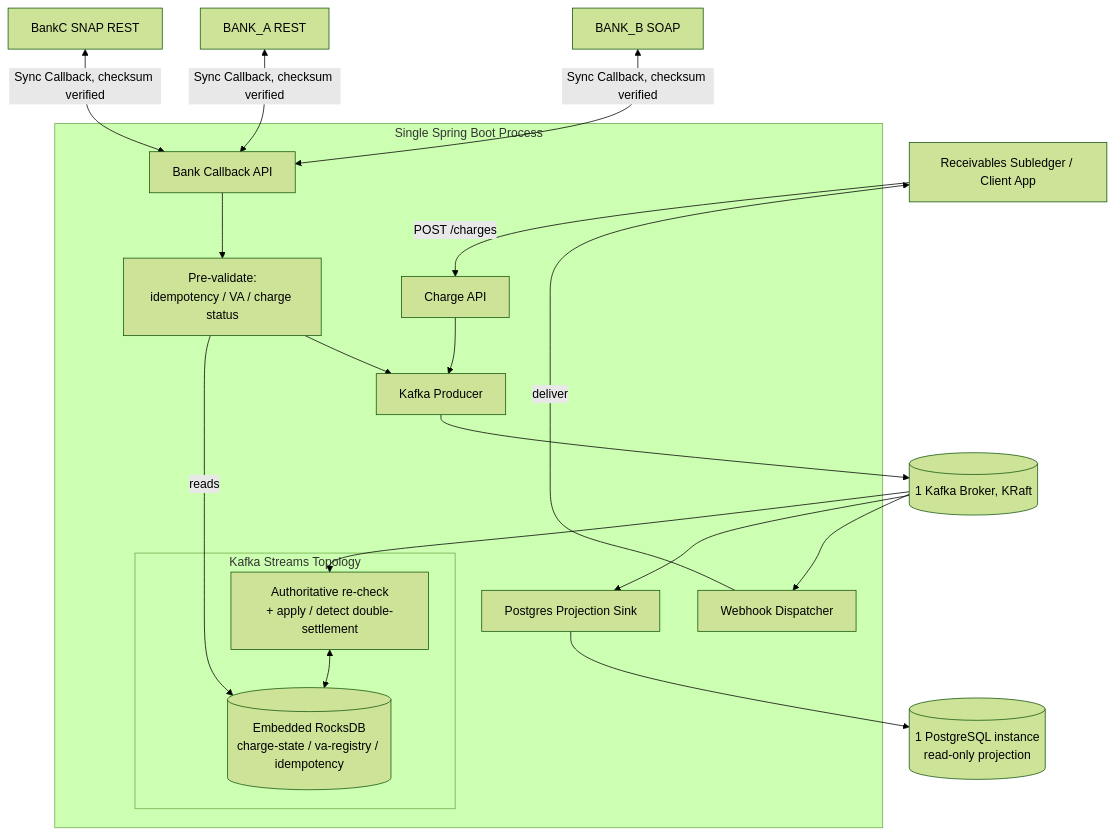
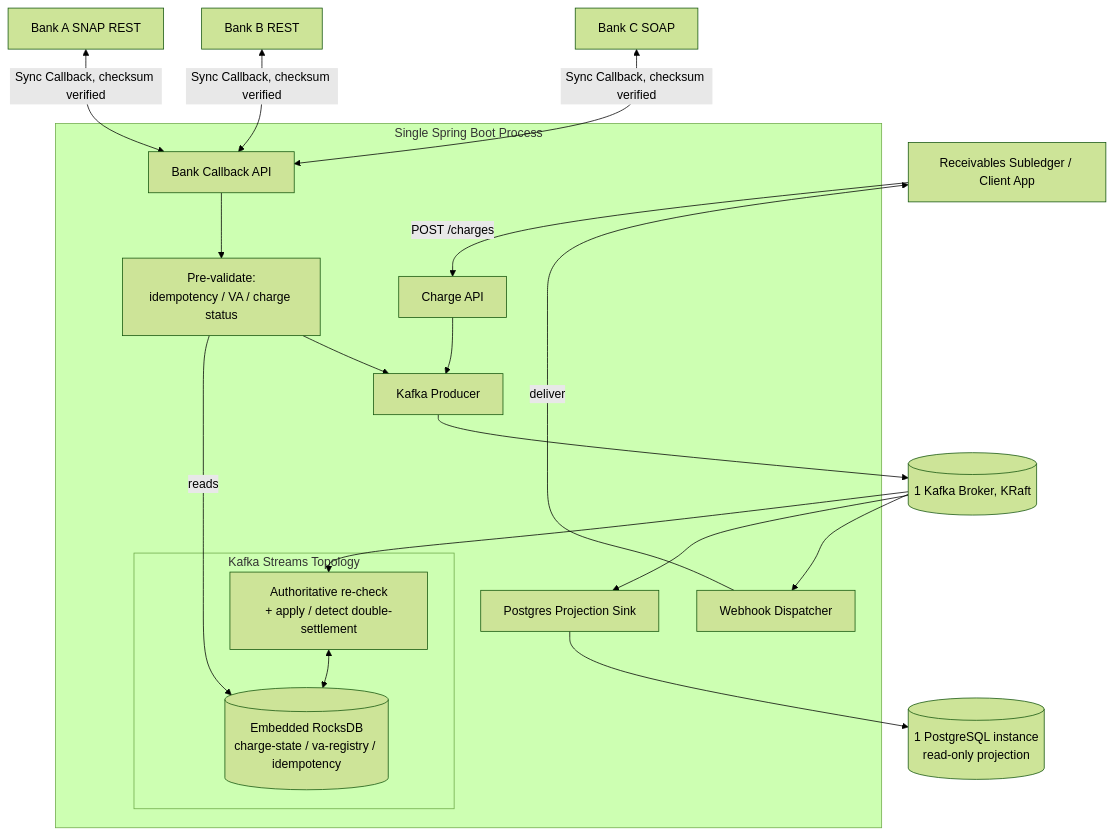
The second of 2 diagrams in docs/architecture-comparison.md (artivisi/payment-gateway), drawn with Mermaid (forest theme) before and after one commit. The commit also changed other lines of this file and 41 other files, not shown here.

````diff
--- a/docs/architecture-comparison.md
+++ b/docs/architecture-comparison.md
@@ -68,30 +68,30 @@
 ```mermaid
 flowchart TD
   AR[Receivables Subledger / Client App] -->|POST /charges| ChargeApi[Charge API]
-  Bank1[BankC SNAP REST] <-->|Sync Callback, checksum verified| CallbackApi[Bank Callback API]
-  Bank2[BANK_A REST] <-->|Sync Callback, checksum verified| CallbackApi
-  Bank3[BANK_B SOAP] <-->|Sync Callback, checksum verified| CallbackApi
+  Bank1[Bank A SNAP REST] <-->|Sync Callback, checksum verified| CallbackApi[Bank Callback API]
+  Bank2[Bank B REST] <-->|Sync Callback, checksum verified| CallbackApi
+  Bank3[Bank C SOAP] <-->|Sync Callback, checksum verified| CallbackApi
 
   subgraph JVM [Single Spring Boot Process]
     ChargeApi --> KafkaProducer[Kafka Producer]
     CallbackApi --> PreValidate[Pre-validate:<br/>idempotency / VA / charge status]
     PreValidate -->|reads| RocksDB[(Embedded RocksDB<br/>charge-state / va-registry / idempotency)]
     PreValidate --> KafkaProducer
 
     subgraph Streams [Kafka Streams Topology]
       Topology[Authoritative re-check<br/>+ apply / detect double-settlement]
       Topology <--> RocksDB
     end
 
     ProjSink[Postgres Projection Sink]
     WebhookWorker[Webhook Dispatcher]
   end
 
   KafkaProducer --> Kafka[(1 Kafka Broker, KRaft)]
   Kafka --> Topology
   Kafka --> ProjSink
   Kafka --> WebhookWorker
 
   ProjSink --> Postgres[(1 PostgreSQL instance<br/>read-only projection)]
   WebhookWorker -->|deliver| AR
 ```
````
